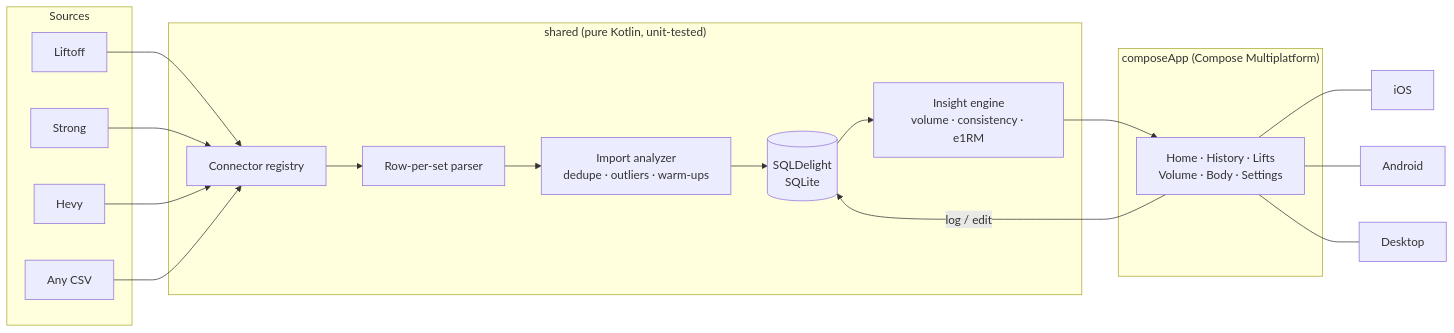
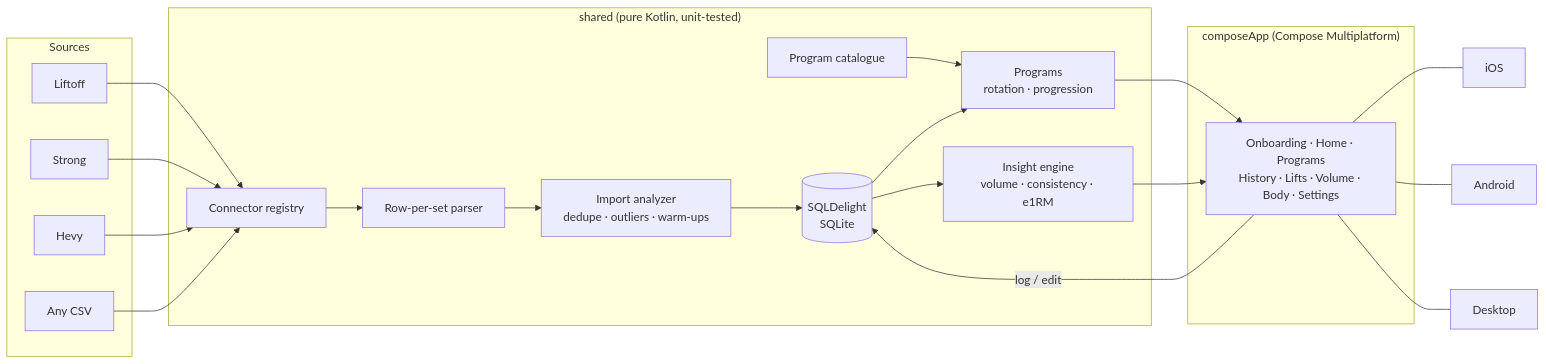
One commit to gerra/gains changed the diagram in README.md. Above: the diagram before and after it, drawn with Mermaid. The commit also changed other lines of this file, not shown here.

First line of the commit message:
Describe goals, programs and the larger catalogue in the README

````diff
--- a/README.md
+++ b/README.md
@@ -294,22 +307,25 @@
 ```mermaid
 flowchart LR
   subgraph Sources
     L[Liftoff]
     S[Strong]
     H[Hevy]
     C[Any CSV]
   end
   subgraph shared["shared (pure Kotlin, unit-tested)"]
     R[Connector registry] --> P[Row-per-set parser]
     P --> A[Import analyzer<br/>dedupe · outliers · warm-ups]
     A --> DB[(SQLDelight<br/>SQLite)]
     DB --> E[Insight engine<br/>volume · consistency · e1RM]
+    PC[Program catalogue] --> PR[Programs<br/>rotation · progression]
+    DB --> PR
   end
   subgraph composeApp["composeApp (Compose Multiplatform)"]
-    UI[Home · History · Lifts<br/>Volume · Body · Settings]
+    UI[Onboarding · Home · Programs<br/>History · Lifts · Volume · Body · Settings]
   end
+  PR --> UI
   L & S & H & C --> R
   E --> UI
   UI -->|log / edit| DB
   UI --- iOS & Android & Desktop
 ```
````
